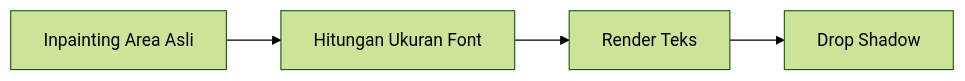
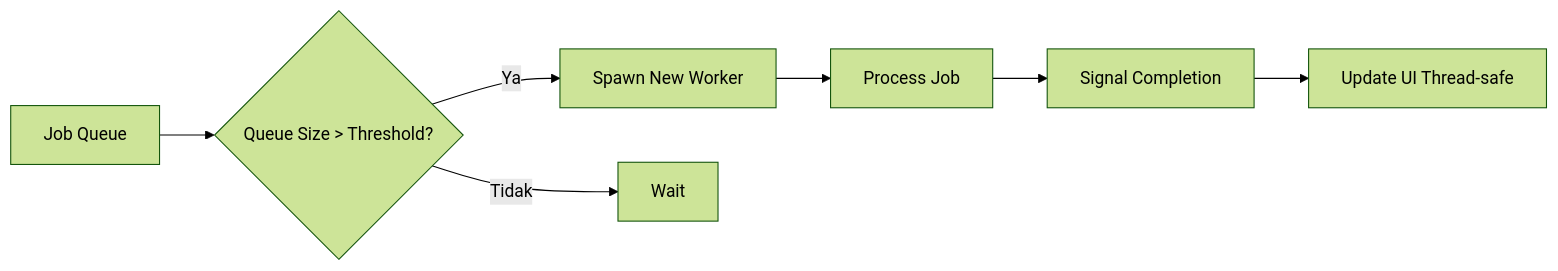
The seventh of 8 diagrams in README.md (irazawa/Manga-OCR), drawn with Mermaid (forest theme) before and after one commit. The commit also changed other lines of this file and 4 other files, not shown here.

````diff
--- a/README.md
+++ b/README.md
@@ -105,4 +95,8 @@
 ```mermaid
 flowchart LR
-    F1[Inpainting Area Asli] --> F2[Hitungan Ukuran Font] --> F3[Render Teks] --> F4[Drop Shadow]
+    F1[Job Queue] --> F2{Queue Size > Threshold?}
+    F2 -->|Ya| F3[Spawn New Worker]
+    F2 -->|Tidak| F4[Wait]
+    F3 --> F5[Process Job] --> F6[Signal Completion]
+    F6 --> F7[Update UI Thread-safe]
 ```
````
